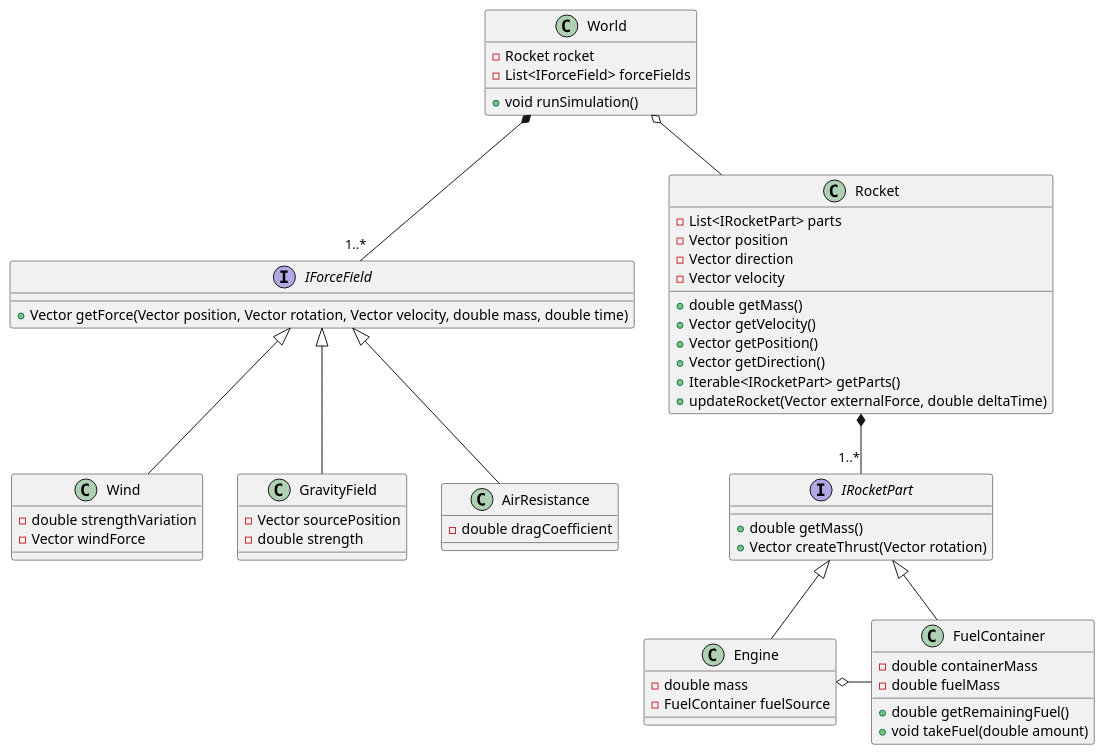
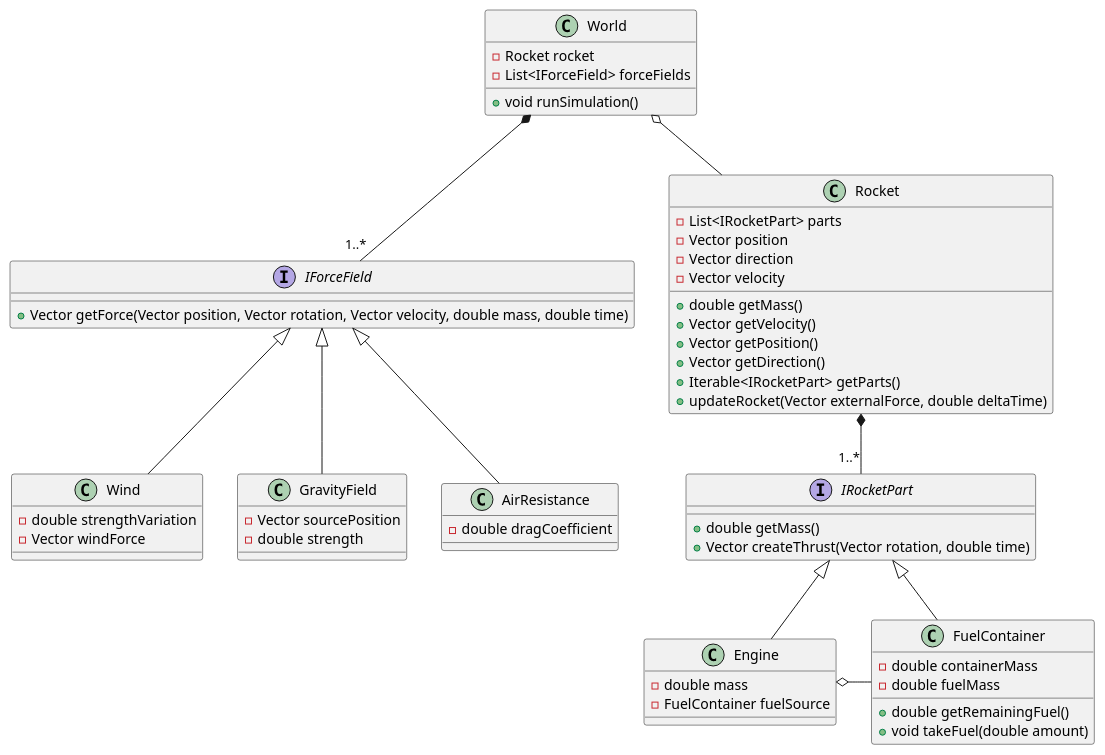
Before and after one commit to szyminson/oop-project: the diagram in docs/uml.puml, drawn with PlantUML.

Commit message:
Add missing time method argument in class diagram

```diff
--- a/docs/uml.puml
+++ b/docs/uml.puml
@@ -1,75 +1,75 @@
 @startuml
 
 interface IRocketPart {
   + double getMass()
-  + Vector createThrust(Vector rotation)
+  + Vector createThrust(Vector rotation, double time)
 }
 
 interface IForceField {
   + Vector getForce(Vector position, Vector rotation, Vector velocity, double mass, double time)
 }
 
 class Wind {
   - double strengthVariation
   - Vector windForce
 }
 
 class GravityField {
   - Vector sourcePosition
   - double strength
 }
 
 class AirResistance {
   - double dragCoefficient
 }
 
 
 World o-- Rocket
 World *-- "1..*" IForceField
 
 Rocket *-- "1..*" IRocketPart
 
 IForceField <|-- Wind
 IForceField <|-- GravityField
 IForceField <|-- AirResistance
 
 IRocketPart <|-- FuelContainer
 IRocketPart <|-- Engine
 
 Engine o- FuelContainer
 
 class Engine {
   - double mass
   - FuelContainer fuelSource
 }
 
 class FuelContainer {
   - double containerMass
   - double fuelMass
 
   + double getRemainingFuel()
   + void takeFuel(double amount)
 }
 
 class World {
   - Rocket rocket
   - List<IForceField> forceFields
 
   + void runSimulation()
 }
 
 class Rocket {
   - List<IRocketPart> parts
   - Vector position
   - Vector direction
   - Vector velocity
 
   + double getMass()
   + Vector getVelocity()
   + Vector getPosition()
   + Vector getDirection()
   + Iterable<IRocketPart> getParts()
   + updateRocket(Vector externalForce, double deltaTime)
 }
 
 @enduml
```
